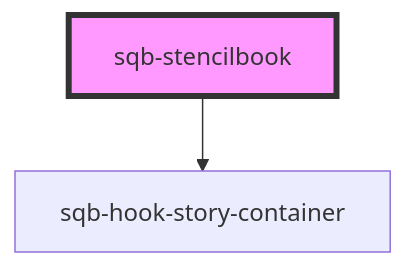
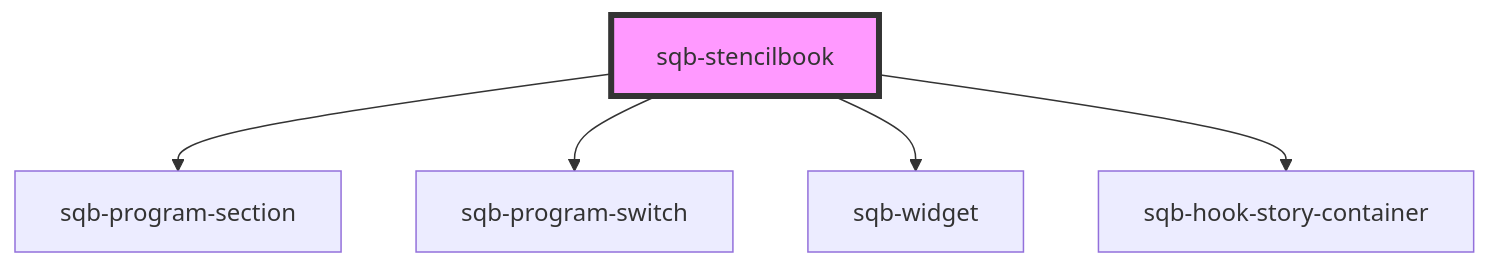
The diagram in packages/bedrock-components/src/components/sqb-stencilbook/readme.md (saasquatch/program-tools), drawn with Mermaid before and after one commit. The commit also changed other lines of this file and 6 other files, not shown here.

````diff
--- a/packages/bedrock-components/src/components/sqb-stencilbook/readme.md
+++ b/packages/bedrock-components/src/components/sqb-stencilbook/readme.md
@@ -15,5 +18,8 @@
 ```mermaid
 graph TD;
+  sqb-stencilbook --> sqb-program-section
+  sqb-stencilbook --> sqb-program-switch
+  sqb-stencilbook --> sqb-widget
   sqb-stencilbook --> sqb-hook-story-container
   style sqb-stencilbook fill:#f9f,stroke:#333,stroke-width:4px
 ```
````
